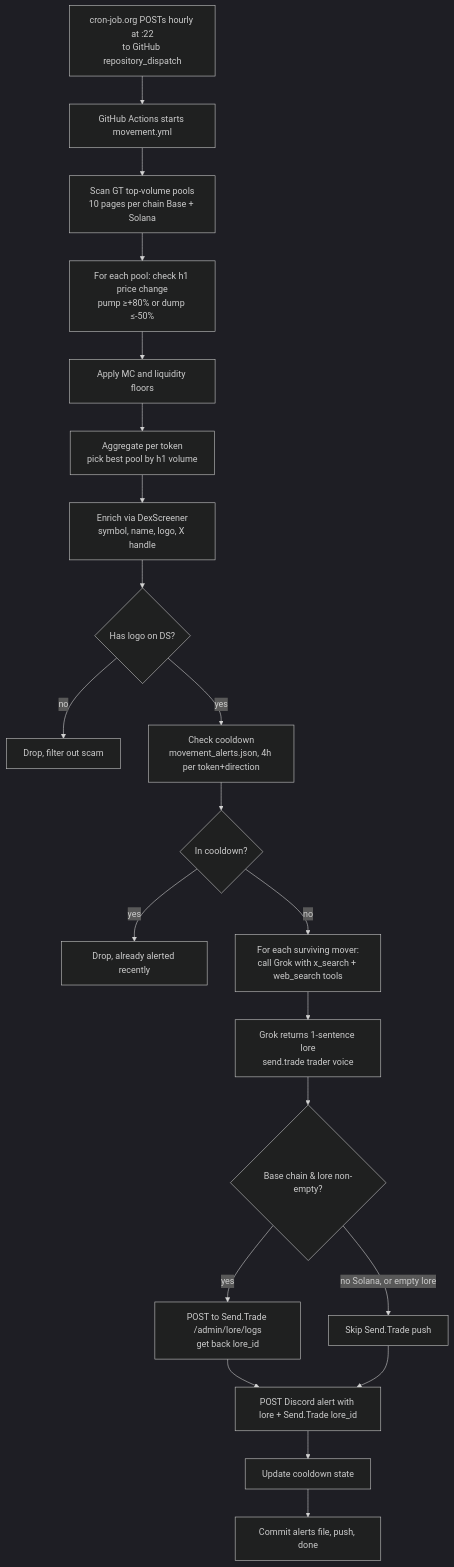
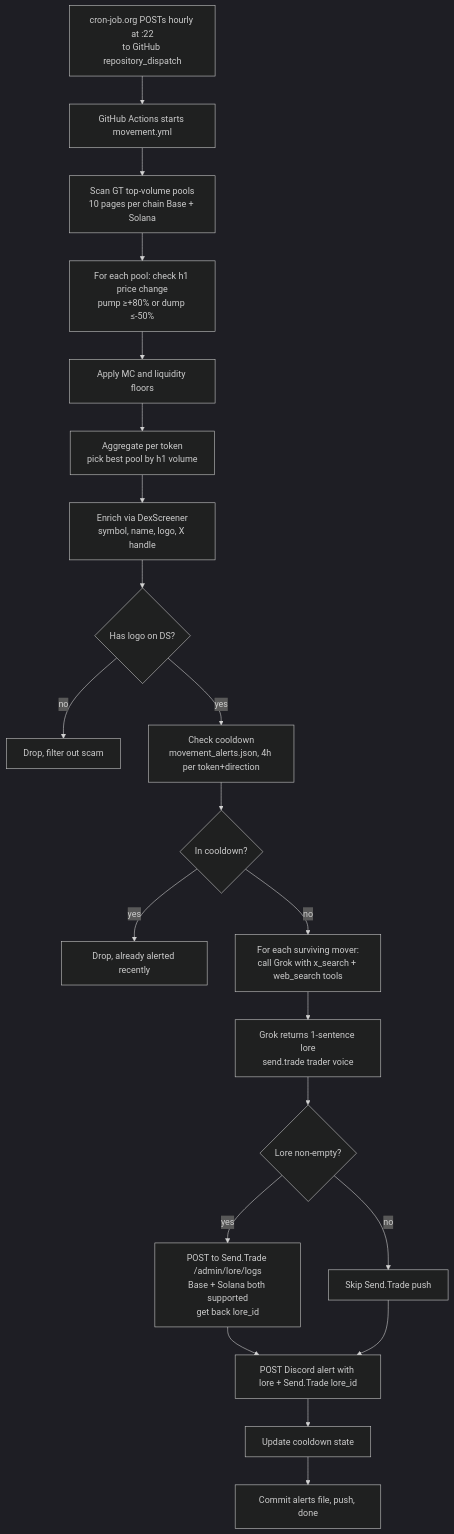
The second of 2 diagrams in README.md (beawesomelee/send-trade-monitor), drawn with Mermaid (dark theme) before and after one commit. The commit also changed other lines of this file and 1 other file, not shown here.

Commit message:
Enable Solana for Send.Trade lore auto-post (endpoint now supports it)
Send.Trade enabled base58 (chainId 501474) on /admin/lore/logs after my
earlier check returned 400. Verified live: POSTed a Solana test entry
and got back a normal response including chainId: 501474 confirmation.

Removed the client-side chain_slug == "solana" guard from push_lore. The
endpoint now handles both Base hex and Solana base58 addresses natively
so no transformation is needed on our side.

README updated: movement scanner section no longer mentions the Solana
caveat, mermaid diagram simplified to just "lore non-empty?" (the chain
branch is gone).

Test entries to delete via Send.Trade admin:
- 6a1f30af2f66fe752f0427c8 (Base, grantr)
- 6a1f478d0e26a495a273d259 (Solana, RAY)

````diff
--- a/README.md
+++ b/README.md
@@ -47,23 +47,23 @@
 ```mermaid
 flowchart TD
     A[cron-job.org POSTs hourly at :22<br/>to GitHub repository_dispatch] --> B[GitHub Actions starts movement.yml]
     B --> C[Scan GT top-volume pools<br/>10 pages per chain Base + Solana]
     C --> D[For each pool: check h1 price change<br/>pump &ge;+80% or dump &le;-50%]
     D --> E[Apply MC and liquidity floors]
     E --> F[Aggregate per token<br/>pick best pool by h1 volume]
     F --> G[Enrich via DexScreener<br/>symbol, name, logo, X handle]
     G --> H{Has logo on DS?}
     H -->|no| Z1[Drop, filter out scam]
     H -->|yes| I[Check cooldown<br/>movement_alerts.json, 4h per token+direction]
     I --> J{In cooldown?}
     J -->|yes| Z2[Drop, already alerted recently]
     J -->|no| K[For each surviving mover:<br/>call Grok with x_search + web_search tools]
     K --> L[Grok returns 1-sentence lore<br/>send.trade trader voice]
-    L --> M{Base chain &amp; lore non-empty?}
-    M -->|yes| N[POST to Send.Trade /admin/lore/logs<br/>get back lore_id]
-    M -->|no Solana, or empty lore| O[Skip Send.Trade push]
+    L --> M{Lore non-empty?}
+    M -->|yes| N[POST to Send.Trade /admin/lore/logs<br/>Base + Solana both supported<br/>get back lore_id]
+    M -->|no| O[Skip Send.Trade push]
     N --> P[POST Discord alert with lore + Send.Trade lore_id]
     O --> P
     P --> Q[Update cooldown state]
     Q --> R[Commit alerts file, push, done]
 ```
````
